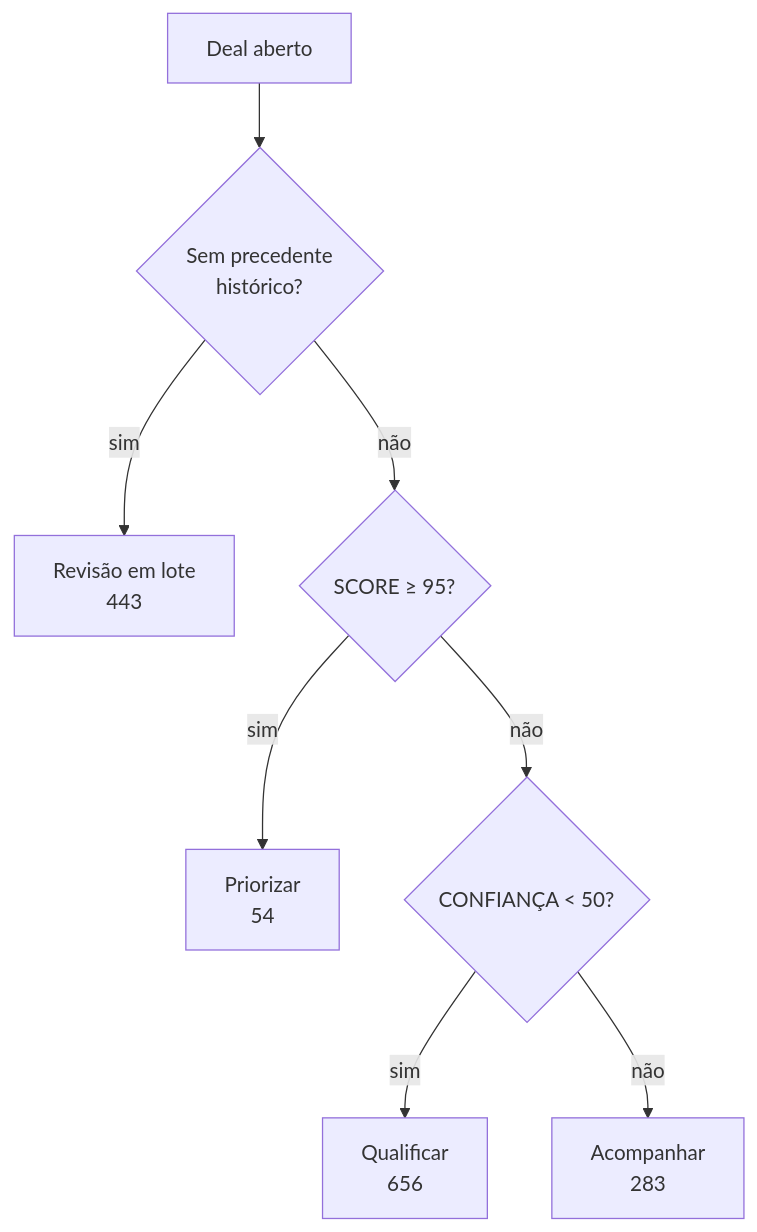
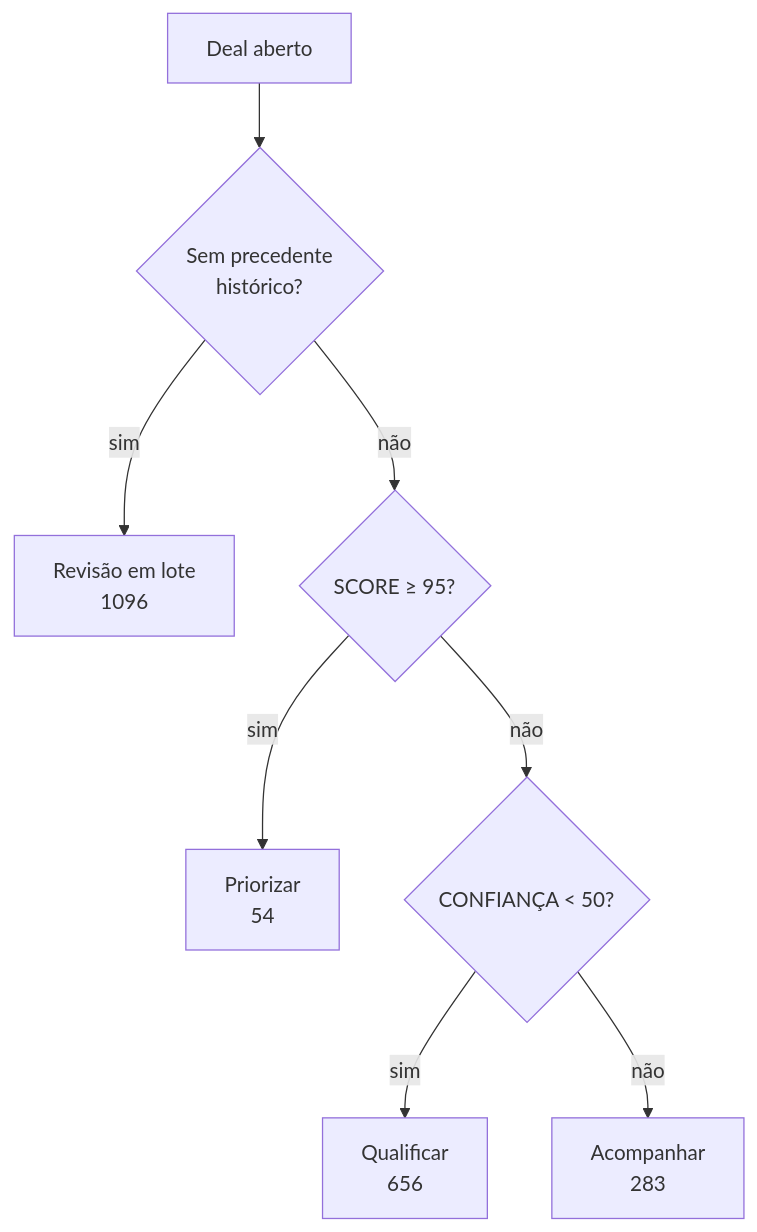
One commit to Gestao-Quatro-Ponto-Zero/ai-master-challenge changed the first of 2 diagrams in submissions/gabriel-moreira/docs/architecture.md. Above: the diagram before and after it, drawn with Mermaid. The commit also changed other lines of this file and 71 other files, not shown here.

````diff
--- a/submissions/gabriel-moreira/docs/architecture.md
+++ b/submissions/gabriel-moreira/docs/architecture.md
@@ -252,10 +254,10 @@
 ```mermaid
 flowchart TD
     A[Deal aberto] --> B{Sem precedente<br/>histórico?}
-    B -->|sim| C[Revisão em lote<br/>443]
+    B -->|sim| C[Revisão em lote<br/>1096]
     B -->|não| D{SCORE ≥ 95?}
     D -->|sim| E[Priorizar<br/>54]
     D -->|não| F{CONFIANÇA < 50?}
     F -->|sim| G[Qualificar<br/>656]
     F -->|não| H[Acompanhar<br/>283]
 ```
````
